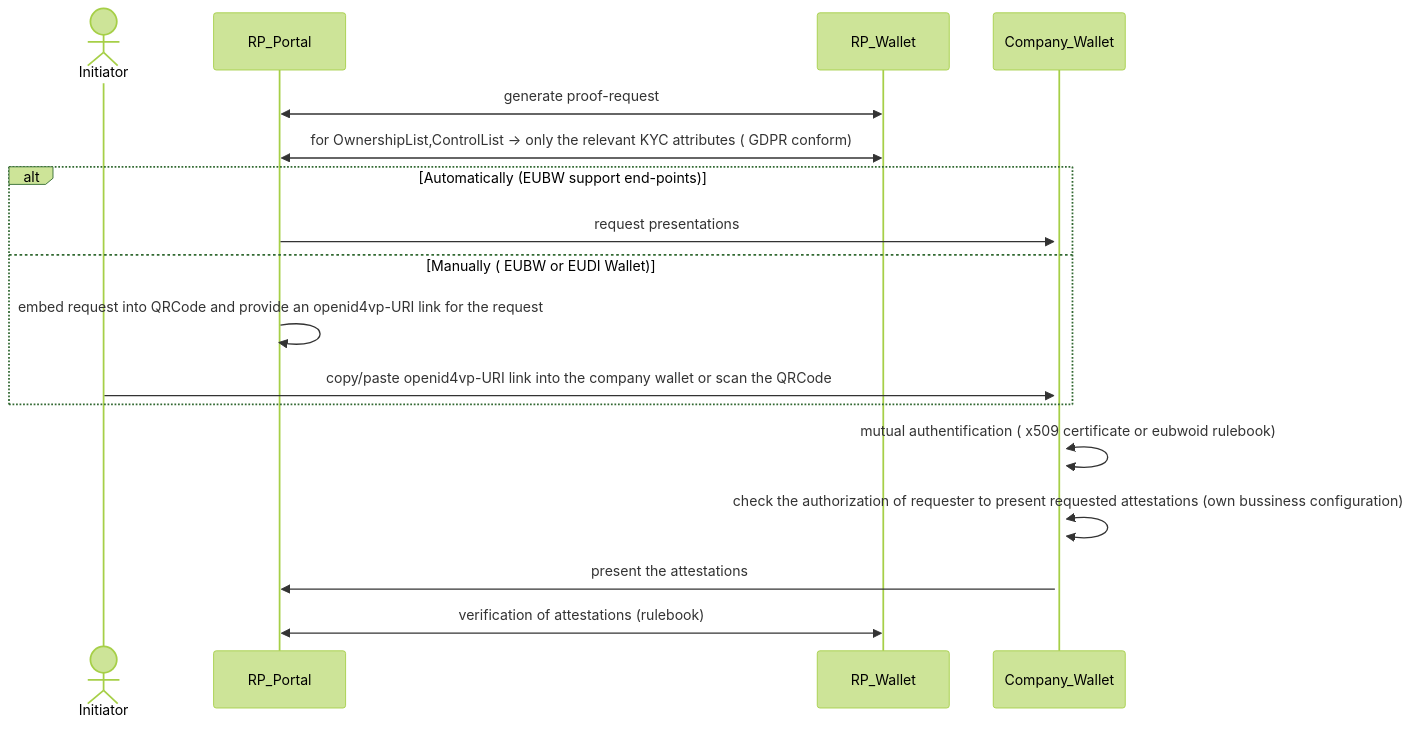
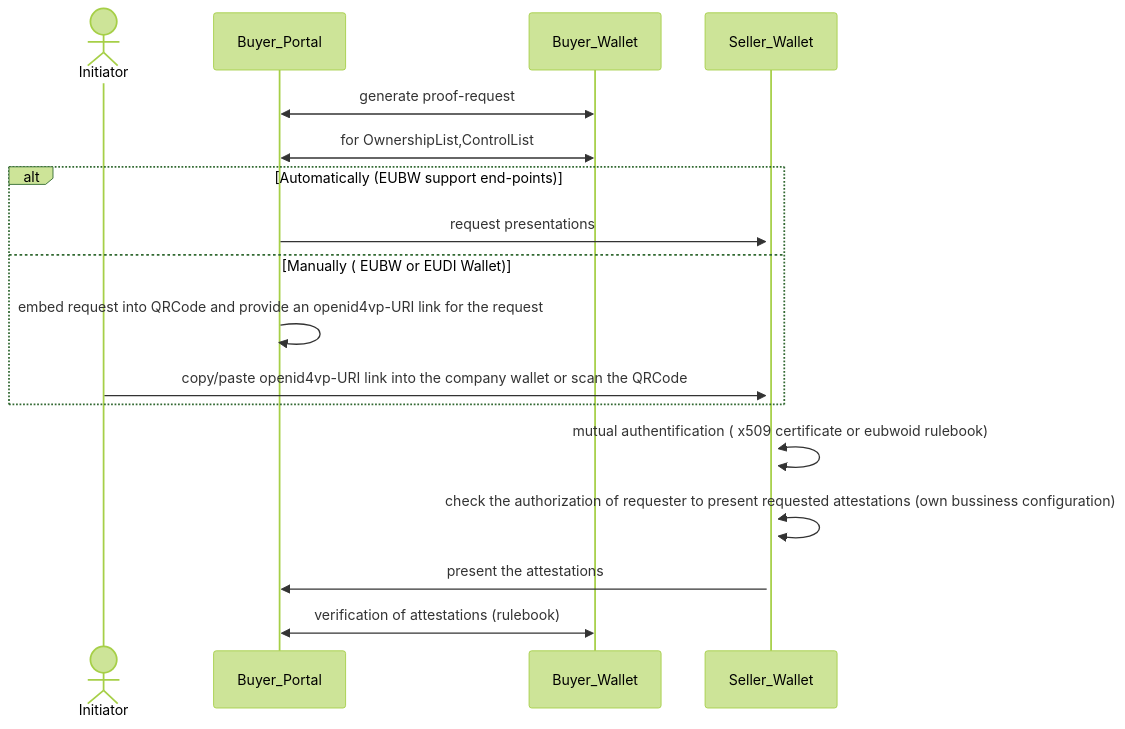
One commit to DominicHurni/wp3-technology-standards changed the fifth of 7 diagrams in BU1/BU1_KYC.md. Above: the diagram before and after it, drawn with Mermaid (forest theme). The commit also changed other lines of this file and 1 other file, not shown here.

````diff
--- a/BU1/BU1_KYC.md
+++ b/BU1/BU1_KYC.md
@@ -114,16 +108,16 @@
 ```mermaid
 sequenceDiagram
     actor Initiator
-    RP_Portal<<->>RP_Wallet: generate proof-request
-    RP_Portal<<->>RP_Wallet: for OwnershipList,ControlList -> only the relevant KYC attributes ( GDPR conform)  
+    Buyer_Portal<<->>Buyer_Wallet: generate proof-request
+    Buyer_Portal<<->>Buyer_Wallet: for OwnershipList,ControlList   
     alt Automatically (EUBW support end-points)
-        RP_Portal->>+Company_Wallet: request presentations
+        Buyer_Portal->>+Seller_Wallet: request presentations
     else Manually ( EUBW or EUDI Wallet)
-        RP_Portal->>RP_Portal: embed request into QRCode and provide an openid4vp-URI link for the request
-        Initiator->>+Company_Wallet: copy/paste openid4vp-URI link into the company wallet or scan the QRCode
+        Buyer_Portal->>Buyer_Portal: embed request into QRCode and provide an openid4vp-URI link for the request
+        Initiator->>+Seller_Wallet: copy/paste openid4vp-URI link into the company wallet or scan the QRCode
     end                 
-    Company_Wallet<<->>Company_Wallet: mutual authentification ( x509 certificate or eubwoid rulebook)
-    Company_Wallet<<->>Company_Wallet: check the authorization of requester to present requested attestations (own bussiness configuration)
-    Company_Wallet->>RP_Portal: present the attestations
-    RP_Portal<<->>RP_Wallet: verification of attestations (rulebook)
+    Seller_Wallet<<->>Seller_Wallet: mutual authentification ( x509 certificate or eubwoid rulebook)
+    Seller_Wallet<<->>Seller_Wallet: check the authorization of requester to present requested attestations (own bussiness configuration)
+    Seller_Wallet->>Buyer_Portal: present the attestations
+    Buyer_Portal<<->>Buyer_Wallet: verification of attestations (rulebook)
 ```
````
